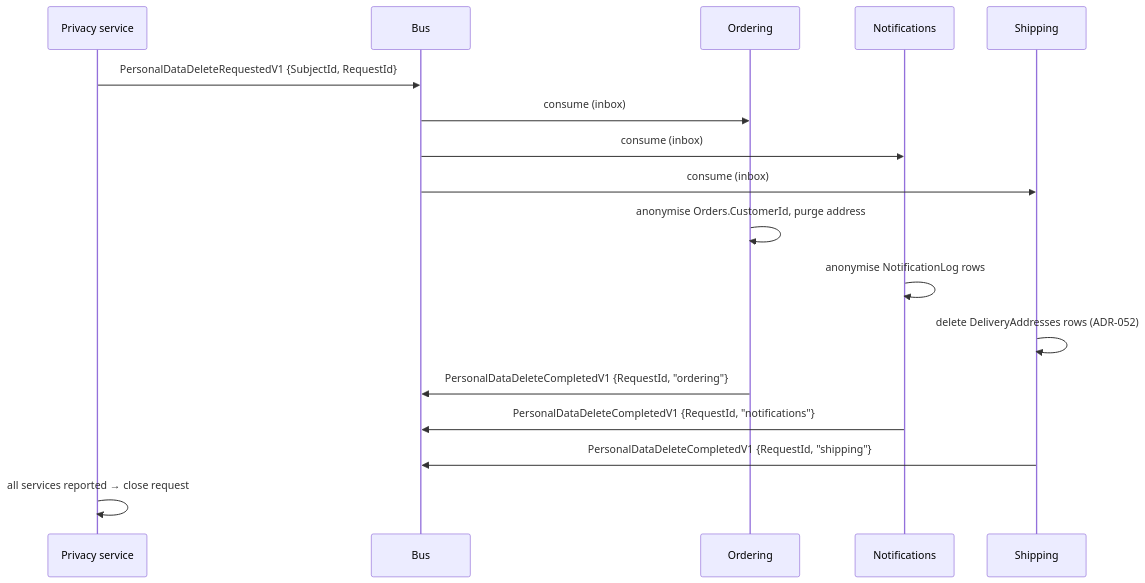
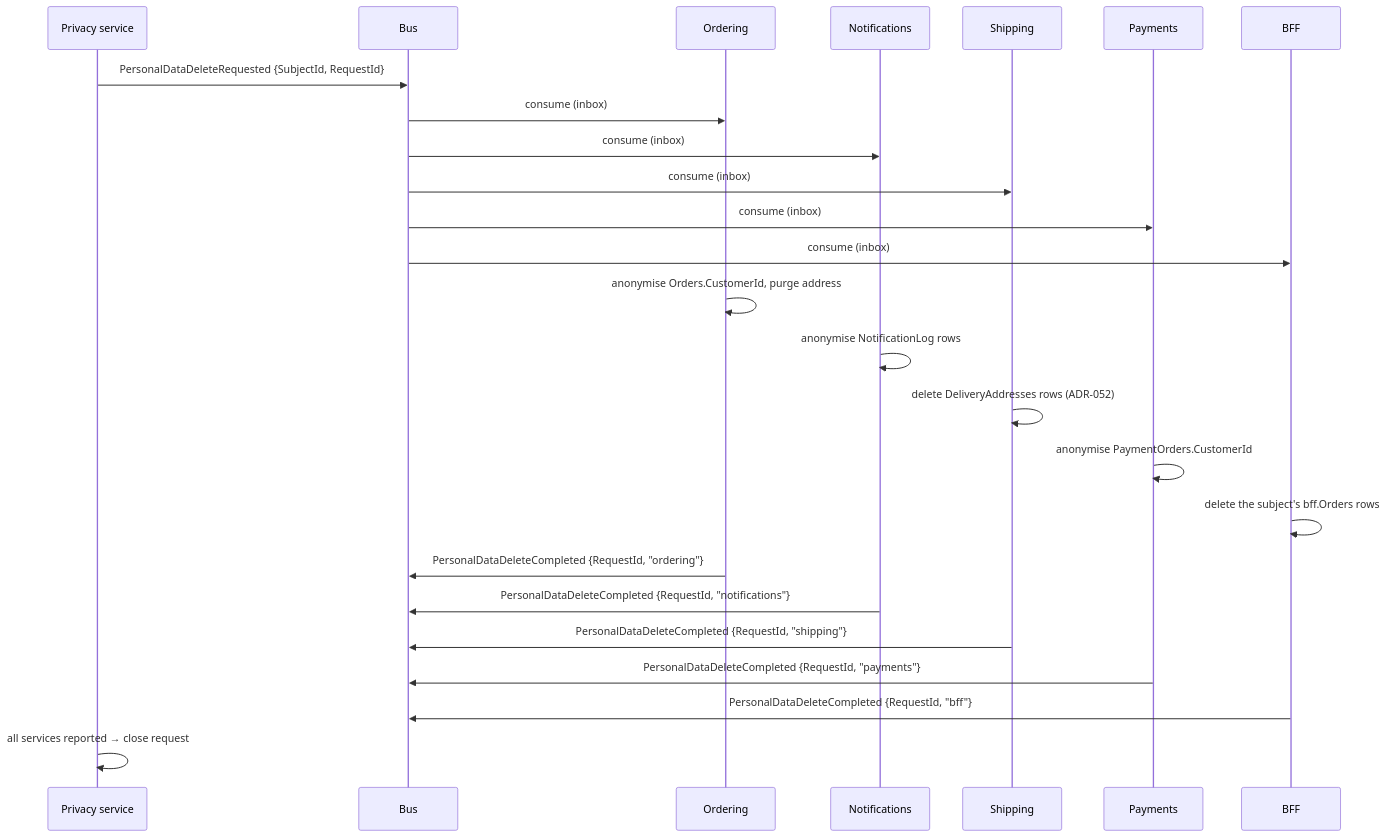
The second of 2 diagrams in docs/backend-architecture/11-identity-authorization.md (alexander-shamray/blueprint-backend), drawn with Mermaid before and after one commit. The commit also changed other lines of this file and 3 other files, not shown here.

````diff
--- a/docs/backend-architecture/11-identity-authorization.md
+++ b/docs/backend-architecture/11-identity-authorization.md
@@ -1422,20 +1422,28 @@
 ```mermaid
 sequenceDiagram
     participant P as Privacy service
     participant B as Bus
     participant O as Ordering
     participant N as Notifications
     participant S as Shipping
+    participant Y as Payments
+    participant F as BFF
 
-    P->>B: PersonalDataDeleteRequestedV1 {SubjectId, RequestId}
+    P->>B: PersonalDataDeleteRequested {SubjectId, RequestId}
     B->>O: consume (inbox)
     B->>N: consume (inbox)
     B->>S: consume (inbox)
+    B->>Y: consume (inbox)
+    B->>F: consume (inbox)
     O->>O: anonymise Orders.CustomerId, purge address
     N->>N: anonymise NotificationLog rows
     S->>S: delete DeliveryAddresses rows (ADR-052)
-    O->>B: PersonalDataDeleteCompletedV1 {RequestId, "ordering"}
-    N->>B: PersonalDataDeleteCompletedV1 {RequestId, "notifications"}
-    S->>B: PersonalDataDeleteCompletedV1 {RequestId, "shipping"}
+    Y->>Y: anonymise PaymentOrders.CustomerId
+    F->>F: delete the subject's bff.Orders rows
+    O->>B: PersonalDataDeleteCompleted {RequestId, "ordering"}
+    N->>B: PersonalDataDeleteCompleted {RequestId, "notifications"}
+    S->>B: PersonalDataDeleteCompleted {RequestId, "shipping"}
+    Y->>B: PersonalDataDeleteCompleted {RequestId, "payments"}
+    F->>B: PersonalDataDeleteCompleted {RequestId, "bff"}
     P->>P: all services reported → close request
 ```
````
